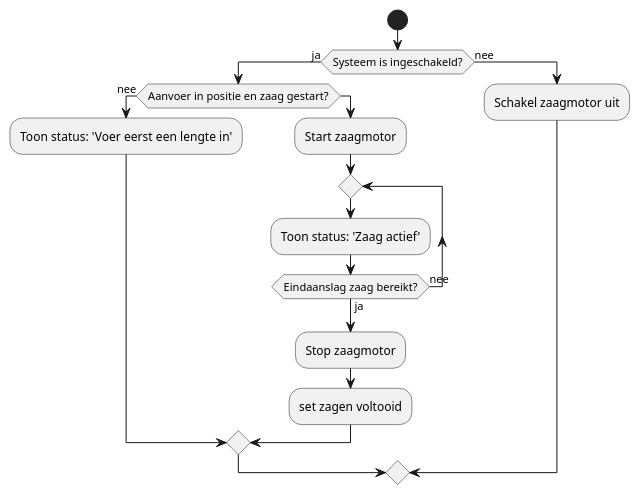
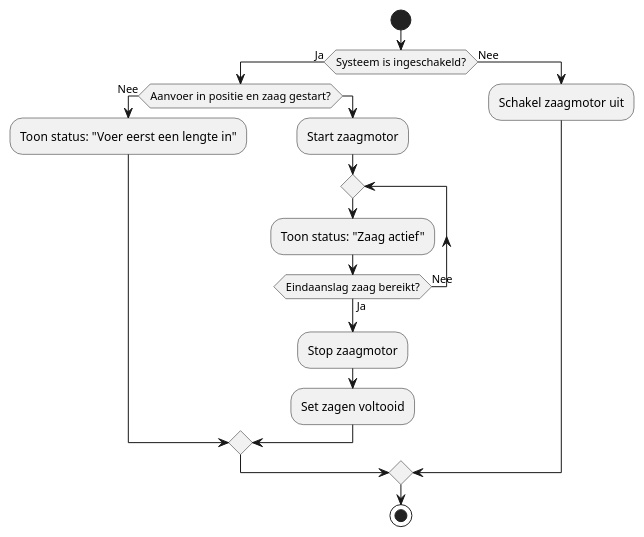
Before and after one commit to MilanWichink/Individuele-eindopdracht: the first of 3 diagrams in src/chapter_1.md, drawn with PlantUML. The commit also changed other lines of this file, not shown here.

````diff
--- a/src/chapter_1.md
+++ b/src/chapter_1.md
@@ -5,25 +21,25 @@
 ```plantuml
+@startuml Zagen
 
-@startuml Zagen
- 
 start
-if (Systeem is ingeschakeld?) then (ja)
+if (Systeem is ingeschakeld?) then (Ja)
   
-    if (Aanvoer in positie en zaag gestart?) then (nee)
-        :Toon status: 'Voer eerst een lengte in';
+    if (Aanvoer in positie en zaag gestart?) then (Nee)
+        :Toon status: "Voer eerst een lengte in";
     else
         :Start zaagmotor;
         repeat
-            :Toon status: 'Zaag actief';
-        repeat while (Eindaanslag zaag bereikt?) is (nee) not (ja)
+            :Toon status: "Zaag actief";
+        repeat while (Eindaanslag zaag bereikt?) is (Nee) not (Ja)
             :Stop zaagmotor;
-            :set zagen voltooid;
+            :Set zagen voltooid;
        
     endif
 
-else (nee)
+else (Nee)
     :Schakel zaagmotor uit;
 endif
+stop
+
 @enduml
-
 ```
````
